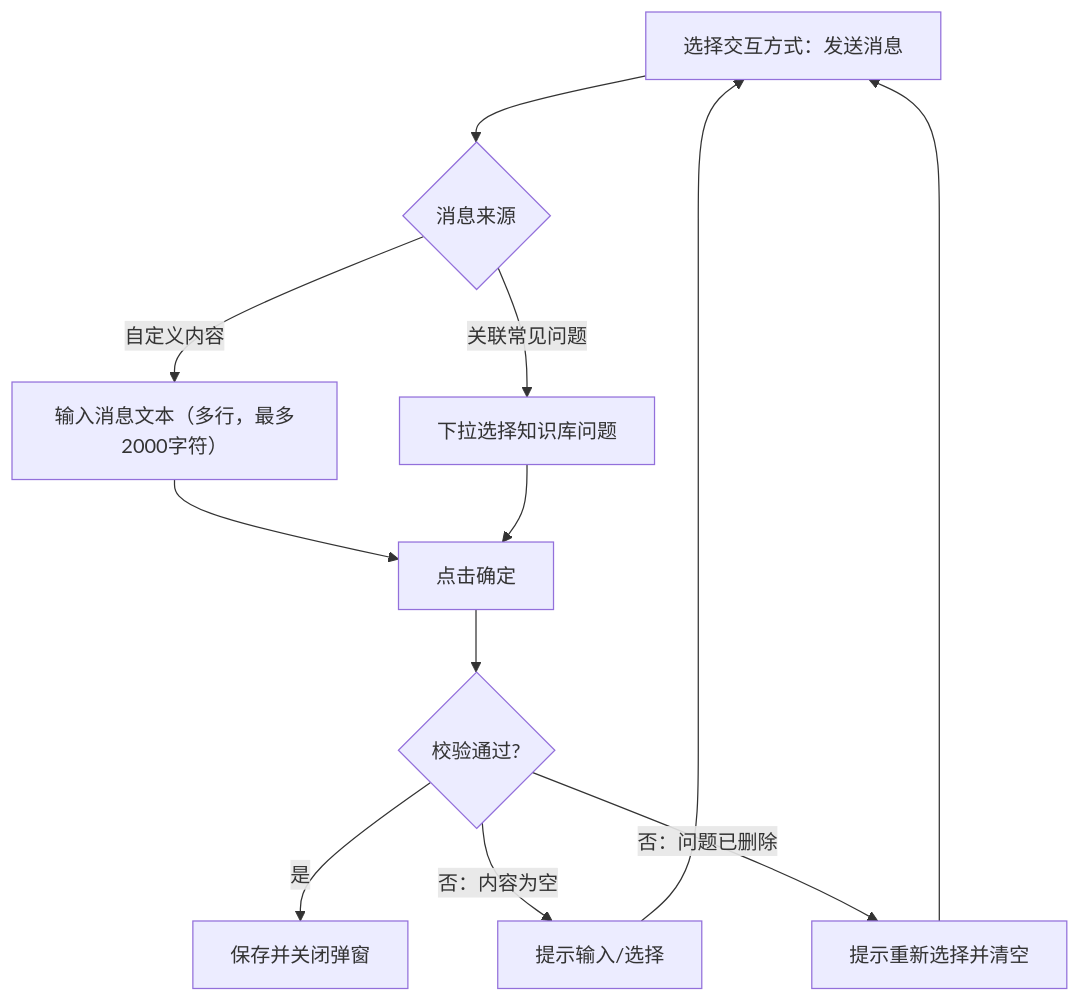
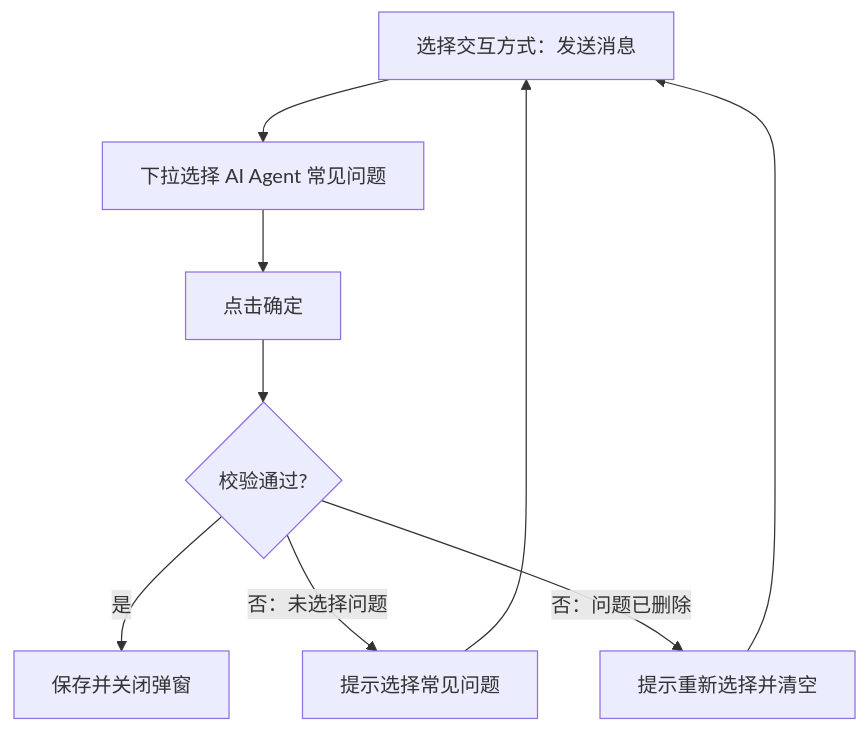
Before and after one commit to goeye/twt: the diagram in docs/PRD-网页渠道快捷入口.md, drawn with Mermaid. The commit also changed other lines of this file, not shown here.

````diff
--- a/docs/PRD-网页渠道快捷入口.md
+++ b/docs/PRD-网页渠道快捷入口.md
@@ -43,14 +43,11 @@
 ```mermaid
 flowchart TD
-  A["选择交互方式：发送消息"] --> B{"消息来源"}
-  B -->|"自定义内容"| C["输入消息文本（多行，最多2000字符）"]
-  B -->|"关联常见问题"| D["下拉选择知识库问题"]
-  C --> E["点击确定"]
-  D --> E
-  E --> F{"校验通过?"}
-  F -->|"是"| G["保存并关闭弹窗"]
-  F -->|"否：内容为空"| H["提示输入/选择"]
-  F -->|"否：问题已删除"| I["提示重新选择并清空"]
-  H --> A
-  I --> A
+  A["选择交互方式：发送消息"] --> B["下拉选择 AI Agent 常见问题"]
+  B --> C["点击确定"]
+  C --> D{"校验通过?"}
+  D -->|"是"| E["保存并关闭弹窗"]
+  D -->|"否：未选择问题"| F["提示选择常见问题"]
+  D -->|"否：问题已删除"| G["提示重新选择并清空"]
+  F --> A
+  G --> A
 ```
````
